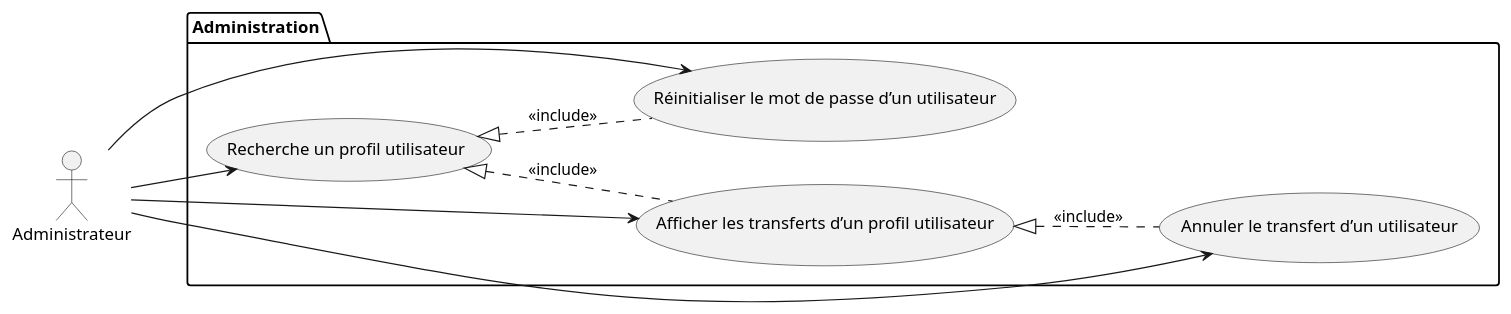
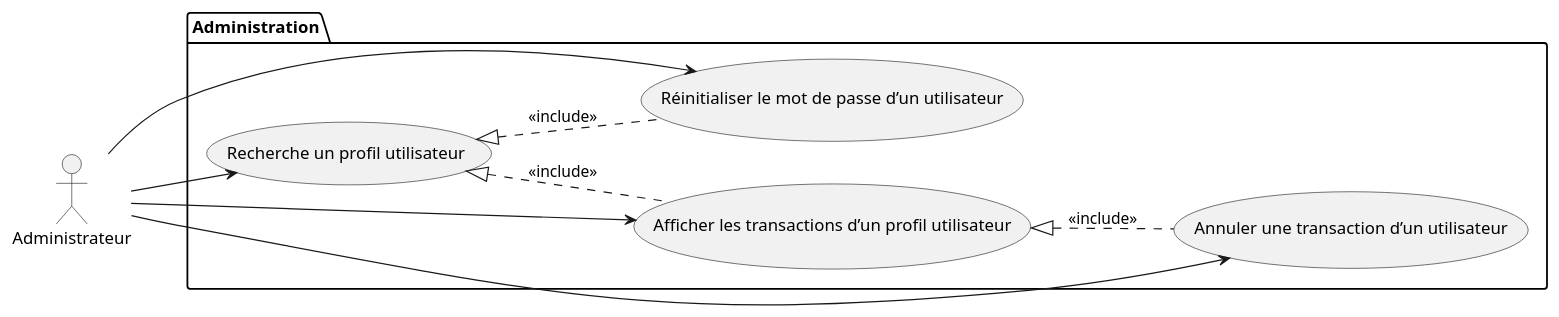
One commit to lmtb06/sharecount changed the diagram in diagrammes/specification/cas-utilisation/package-administration.puml. Above: the diagram before and after it, drawn with PlantUML. The commit also changed 4 other files, not shown here.

Commit message:
correction diagrammes

```diff
--- a/diagrammes/specification/cas-utilisation/package-administration.puml
+++ b/diagrammes/specification/cas-utilisation/package-administration.puml
@@ -1,23 +1,23 @@
 @startuml Cas utilisation - Administration
 left to right direction
 
 actor "Administrateur" as Admin
 
 package "Administration"{
     usecase "Recherche un profil utilisateur" as rpu
-    usecase "Afficher les transferts d’un profil utilisateur" as atpu
-    usecase "Annuler le transfert d’un utilisateur" as atu
+    usecase "Afficher les transactions d’un profil utilisateur" as atpu
+    usecase "Annuler une transaction d’un utilisateur" as atu
 		usecase "Réinitialiser le mot de passe d’un utilisateur" as rmpu
 }
 
 actor "Administrateur" as Admin
 
 Admin --> rpu
 Admin --> atpu
 Admin --> atu
 Admin --> rmpu
 
 atpu <|.. atu  : <<include>>
 rpu <|.. atpu  : <<include>>
 rpu <|.. rmpu  : <<include>>
 @enduml
```
